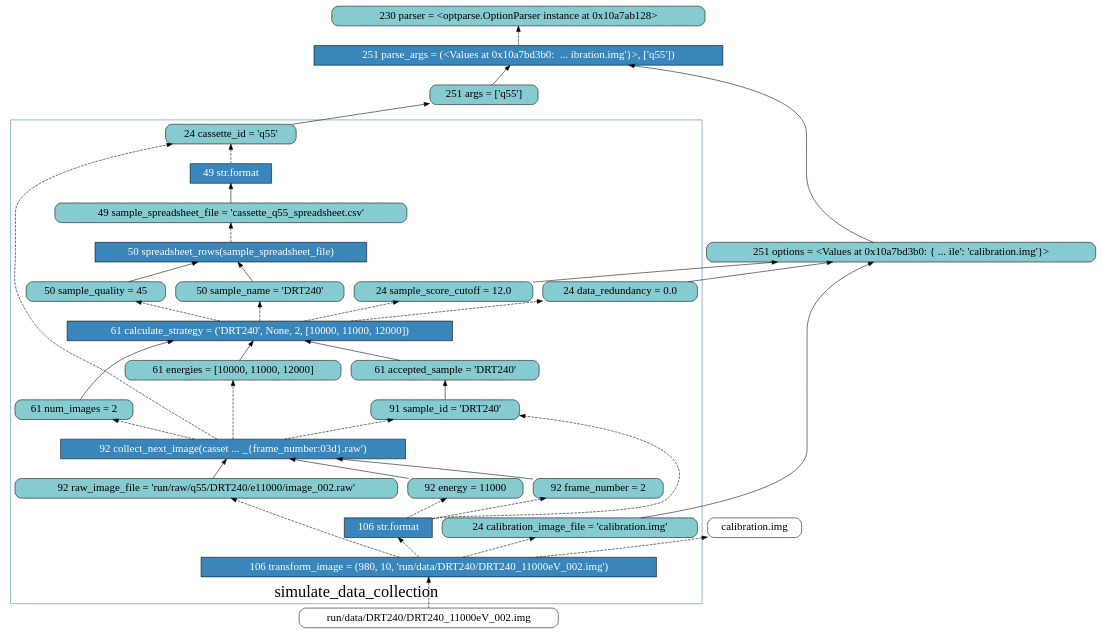
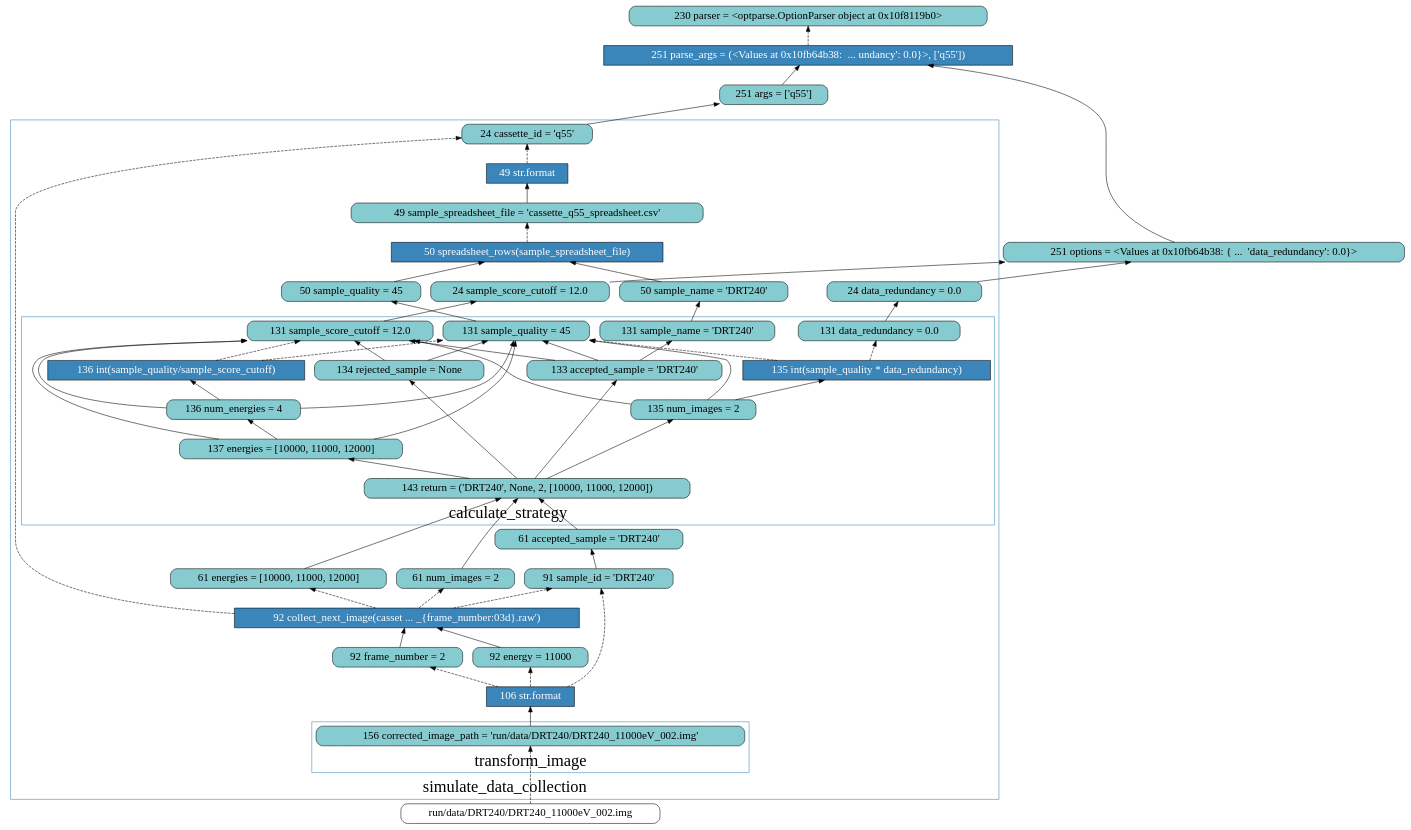
The diagram in examples/simulate_data_collection/graph/nw_filtered_lineage_graph.gv (yesworkflow-org/yw-noworkflow), drawn with Graphviz before and after one commit. The commit also changed 178 other files, not shown here.

```diff
--- a/examples/simulate_data_collection/graph/nw_filtered_lineage_graph.gv
+++ b/examples/simulate_data_collection/graph/nw_filtered_lineage_graph.gv
@@ -1,84 +1,354 @@
 digraph dependency {
     rankdir=BT;
     node[fontsize=20]
-    subgraph cluster_2  {
-        color="#3A85B9";
-        fontsize=30;
-        label = "run_logger";
-    }
     subgraph cluster_3  {
         color="#3A85B9";
         fontsize=30;
-        label = "new_image_file";
+        label = "module.__build_class__";
+        subgraph cluster_4  {
+            color="#3A85B9";
+            fontsize=30;
+            label = "run_logger";
+        }
     }
-    v_1_49 [label="230 parser = <optparse.OptionParser instance at 0x10a7ab128>" fillcolor="#85CBD0" fontcolor="black" shape="box" style="rounded,filled"];
-    v_1_66 [label="251 parse_args = (<Values at 0x10a7bd3b0:  ... ibration.img'}>, ['q55'])" fillcolor="#3A85B9" fontcolor="white" shape="box" style="filled"];
-    v_1_67 [label="251 args = ['q55']" fillcolor="#85CBD0" fontcolor="black" shape="box" style="rounded,filled"];
-    v_1_68 [label="251 options = <Values at 0x10a7bd3b0: { ... ile': 'calibration.img'}>" fillcolor="#85CBD0" fontcolor="black" shape="box" style="rounded,filled"];
-    subgraph cluster_11  {
+    subgraph cluster_5  {
+        color="#3A85B9";
+        fontsize=30;
+        label = "module.__build_class__";
+        subgraph cluster_6  {
+            color="#3A85B9";
+            fontsize=30;
+            label = "new_image_file";
+        }
+    }
+    v_1_56 [label="230 parser = <optparse.OptionParser object at 0x10f8119b0>" fillcolor="#85CBD0" fontcolor="black" shape="box" style="rounded,filled"];
+    v_1_72 [label="251 parse_args = (<Values at 0x10fb64b38:  ... undancy': 0.0}>, ['q55'])" fillcolor="#3A85B9" fontcolor="white" shape="box" style="filled"];
+    v_1_73 [label="251 args = ['q55']" fillcolor="#85CBD0" fontcolor="black" shape="box" style="rounded,filled"];
+    v_1_74 [label="251 options = <Values at 0x10fb64b38: { ...  'data_redundancy': 0.0}>" fillcolor="#85CBD0" fontcolor="black" shape="box" style="rounded,filled"];
+    subgraph cluster_14  {
         color="#3A85B9";
         fontsize=30;
         label = "simulate_data_collection";
-        v_11_74 [label="24 cassette_id = 'q55'" fillcolor="#85CBD0" fontcolor="black" shape="box" style="rounded,filled"];
-        v_11_75 [label="24 sample_score_cutoff = 12.0" fillcolor="#85CBD0" fontcolor="black" shape="box" style="rounded,filled"];
-        v_11_76 [label="24 data_redundancy = 0.0" fillcolor="#85CBD0" fontcolor="black" shape="box" style="rounded,filled"];
-        v_11_77 [label="24 calibration_image_file = 'calibration.img'" fillcolor="#85CBD0" fontcolor="black" shape="box" style="rounded,filled"];
-        v_11_74 [label="24 cassette_id = 'q55'" fillcolor="#85CBD0" fontcolor="black" shape="box" style="rounded,filled"];
-        v_11_75 [label="24 sample_score_cutoff = 12.0" fillcolor="#85CBD0" fontcolor="black" shape="box" style="rounded,filled"];
-        v_11_76 [label="24 data_redundancy = 0.0" fillcolor="#85CBD0" fontcolor="black" shape="box" style="rounded,filled"];
-        v_11_77 [label="24 calibration_image_file = 'calibration.img'" fillcolor="#85CBD0" fontcolor="black" shape="box" style="rounded,filled"];
-        v_11_191 [label="49 str.format" fillcolor="#3A85B9" fontcolor="white" shape="box" style="filled"];
-        v_11_192 [label="49 sample_spreadsheet_file = 'cassette_q55_spreadsheet.csv'" fillcolor="#85CBD0" fontcolor="black" shape="box" style="rounded,filled"];
-        v_11_214 [label="50 spreadsheet_rows(sample_spreadsheet_file)" fillcolor="#3A85B9" fontcolor="white" shape="box" style="filled"];
-        v_11_357 [label="50 sample_name = 'DRT240'" fillcolor="#85CBD0" fontcolor="black" shape="box" style="rounded,filled"];
-        v_11_358 [label="50 sample_quality = 45" fillcolor="#85CBD0" fontcolor="black" shape="box" style="rounded,filled"];
-        v_11_374 [label="61 calculate_strategy = ('DRT240', None, 2, [10000, 11000, 12000])" fillcolor="#3A85B9" fontcolor="white" shape="box" style="filled"];
-        v_11_376 [label="61 energies = [10000, 11000, 12000]" fillcolor="#85CBD0" fontcolor="black" shape="box" style="rounded,filled"];
-        v_11_377 [label="61 num_images = 2" fillcolor="#85CBD0" fontcolor="black" shape="box" style="rounded,filled"];
-        v_11_378 [label="61 accepted_sample = 'DRT240'" fillcolor="#85CBD0" fontcolor="black" shape="box" style="rounded,filled"];
-        v_11_413 [label="91 sample_id = 'DRT240'" fillcolor="#85CBD0" fontcolor="black" shape="box" style="rounded,filled"];
-        v_11_451 [label="92 collect_next_image(casset ... _{frame_number:03d}.raw')" fillcolor="#3A85B9" fontcolor="white" shape="box" style="filled"];
-        v_11_1495 [label="92 energy = 11000" fillcolor="#85CBD0" fontcolor="black" shape="box" style="rounded,filled"];
-        v_11_1496 [label="92 frame_number = 2" fillcolor="#85CBD0" fontcolor="black" shape="box" style="rounded,filled"];
-        v_11_1498 [label="92 raw_image_file = 'run/raw/q55/DRT240/e11000/image_002.raw'" fillcolor="#85CBD0" fontcolor="black" shape="box" style="rounded,filled"];
-        v_11_1501 [label="106 str.format" fillcolor="#3A85B9" fontcolor="white" shape="box" style="filled"];
-        v_11_1707 [label="106 transform_image = (980, 10, 'run/data/DRT240/DRT240_11000eV_002.img')" fillcolor="#3A85B9" fontcolor="white" shape="box" style="filled"];
+        v_14_80 [label="24 cassette_id = 'q55'" fillcolor="#85CBD0" fontcolor="black" shape="box" style="rounded,filled"];
+        v_14_81 [label="24 sample_score_cutoff = 12.0" fillcolor="#85CBD0" fontcolor="black" shape="box" style="rounded,filled"];
+        v_14_82 [label="24 data_redundancy = 0.0" fillcolor="#85CBD0" fontcolor="black" shape="box" style="rounded,filled"];
+        v_14_80 [label="24 cassette_id = 'q55'" fillcolor="#85CBD0" fontcolor="black" shape="box" style="rounded,filled"];
+        v_14_81 [label="24 sample_score_cutoff = 12.0" fillcolor="#85CBD0" fontcolor="black" shape="box" style="rounded,filled"];
+        v_14_82 [label="24 data_redundancy = 0.0" fillcolor="#85CBD0" fontcolor="black" shape="box" style="rounded,filled"];
+        subgraph cluster_22  {
+            color="#3A85B9";
+            fontsize=30;
+            label = "__init__";
+        }
+        subgraph cluster_25  {
+            color="#3A85B9";
+            fontsize=30;
+            label = "write";
+        }
+        subgraph cluster_32  {
+            color="#3A85B9";
+            fontsize=30;
+            label = "write";
+        }
+        v_14_197 [label="49 str.format" fillcolor="#3A85B9" fontcolor="white" shape="box" style="filled"];
+        v_14_198 [label="49 sample_spreadsheet_file = 'cassette_q55_spreadsheet.csv'" fillcolor="#85CBD0" fontcolor="black" shape="box" style="rounded,filled"];
+        v_14_219 [label="50 spreadsheet_rows(sample_spreadsheet_file)" fillcolor="#3A85B9" fontcolor="white" shape="box" style="filled"];
+        subgraph cluster_46  {
+            color="#3A85B9";
+            fontsize=30;
+            label = "write";
+        }
+        subgraph cluster_53  {
+            color="#3A85B9";
+            fontsize=30;
+            label = "calculate_strategy";
+        }
+        subgraph cluster_55  {
+            color="#3A85B9";
+            fontsize=30;
+            label = "write";
+        }
+        subgraph cluster_68  {
+            color="#3A85B9";
+            fontsize=30;
+            label = "write";
+        }
+        v_14_361 [label="50 sample_name = 'DRT240'" fillcolor="#85CBD0" fontcolor="black" shape="box" style="rounded,filled"];
+        v_14_362 [label="50 sample_quality = 45" fillcolor="#85CBD0" fontcolor="black" shape="box" style="rounded,filled"];
+        subgraph cluster_75  {
+            color="#3A85B9";
+            fontsize=30;
+            label = "calculate_strategy";
+            v_75_377 [label="143 return = ('DRT240', None, 2, [10000, 11000, 12000])" fillcolor="#85CBD0" fontcolor="black" shape="box" style="rounded,filled"];
+            v_75_363 [label="131 sample_name = 'DRT240'" fillcolor="#85CBD0" fontcolor="black" shape="box" style="rounded,filled"];
+            v_75_364 [label="131 sample_quality = 45" fillcolor="#85CBD0" fontcolor="black" shape="box" style="rounded,filled"];
+            v_75_365 [label="131 sample_score_cutoff = 12.0" fillcolor="#85CBD0" fontcolor="black" shape="box" style="rounded,filled"];
+            v_75_366 [label="131 data_redundancy = 0.0" fillcolor="#85CBD0" fontcolor="black" shape="box" style="rounded,filled"];
+            v_75_363 [label="131 sample_name = 'DRT240'" fillcolor="#85CBD0" fontcolor="black" shape="box" style="rounded,filled"];
+            v_75_364 [label="131 sample_quality = 45" fillcolor="#85CBD0" fontcolor="black" shape="box" style="rounded,filled"];
+            v_75_365 [label="131 sample_score_cutoff = 12.0" fillcolor="#85CBD0" fontcolor="black" shape="box" style="rounded,filled"];
+            v_75_366 [label="131 data_redundancy = 0.0" fillcolor="#85CBD0" fontcolor="black" shape="box" style="rounded,filled"];
+            v_75_368 [label="133 accepted_sample = 'DRT240'" fillcolor="#85CBD0" fontcolor="black" shape="box" style="rounded,filled"];
+            v_75_369 [label="134 rejected_sample = None" fillcolor="#85CBD0" fontcolor="black" shape="box" style="rounded,filled"];
+            v_75_370 [label="135 int(sample_quality * data_redundancy)" fillcolor="#3A85B9" fontcolor="white" shape="box" style="filled"];
+            v_75_372 [label="135 num_images = 2" fillcolor="#85CBD0" fontcolor="black" shape="box" style="rounded,filled"];
+            v_75_373 [label="136 num_energies = 4" fillcolor="#85CBD0" fontcolor="black" shape="box" style="rounded,filled"];
+            v_75_374 [label="136 int(sample_quality/sample_score_cutoff)" fillcolor="#3A85B9" fontcolor="white" shape="box" style="filled"];
+            v_75_376 [label="137 energies = [10000, 11000, 12000]" fillcolor="#85CBD0" fontcolor="black" shape="box" style="rounded,filled"];
+            v_75_377 [label="143 return = ('DRT240', None, 2, [10000, 11000, 12000])" fillcolor="#85CBD0" fontcolor="black" shape="box" style="rounded,filled"];
+        }
+        v_14_380 [label="61 accepted_sample = 'DRT240'" fillcolor="#85CBD0" fontcolor="black" shape="box" style="rounded,filled"];
+        v_14_381 [label="61 energies = [10000, 11000, 12000]" fillcolor="#85CBD0" fontcolor="black" shape="box" style="rounded,filled"];
+        v_14_382 [label="61 num_images = 2" fillcolor="#85CBD0" fontcolor="black" shape="box" style="rounded,filled"];
+        subgraph cluster_77  {
+            color="#3A85B9";
+            fontsize=30;
+            label = "write";
+        }
+        v_14_417 [label="91 sample_id = 'DRT240'" fillcolor="#85CBD0" fontcolor="black" shape="box" style="rounded,filled"];
+        v_14_453 [label="92 collect_next_image(casset ... _{frame_number:03d}.raw')" fillcolor="#3A85B9" fontcolor="white" shape="box" style="filled"];
+        subgraph cluster_94  {
+            color="#3A85B9";
+            fontsize=30;
+            label = "write";
+        }
+        subgraph cluster_102  {
+            color="#3A85B9";
+            fontsize=30;
+            label = "transform_image";
+        }
+        subgraph cluster_131  {
+            color="#3A85B9";
+            fontsize=30;
+            label = "write";
+        }
+        subgraph cluster_151  {
+            color="#3A85B9";
+            fontsize=30;
+            label = "write";
+        }
+        subgraph cluster_159  {
+            color="#3A85B9";
+            fontsize=30;
+            label = "transform_image";
+        }
+        subgraph cluster_188  {
+            color="#3A85B9";
+            fontsize=30;
+            label = "write";
+        }
+        subgraph cluster_208  {
+            color="#3A85B9";
+            fontsize=30;
+            label = "write";
+        }
+        subgraph cluster_216  {
+            color="#3A85B9";
+            fontsize=30;
+            label = "transform_image";
+        }
+        subgraph cluster_245  {
+            color="#3A85B9";
+            fontsize=30;
+            label = "write";
+        }
+        subgraph cluster_265  {
+            color="#3A85B9";
+            fontsize=30;
+            label = "write";
+        }
+        v_14_1511 [label="92 energy = 11000" fillcolor="#85CBD0" fontcolor="black" shape="box" style="rounded,filled"];
+        v_14_1512 [label="92 frame_number = 2" fillcolor="#85CBD0" fontcolor="black" shape="box" style="rounded,filled"];
+        v_14_1517 [label="106 str.format" fillcolor="#3A85B9" fontcolor="white" shape="box" style="filled"];
+        subgraph cluster_273  {
+            color="#3A85B9";
+            fontsize=30;
+            label = "transform_image";
+            v_273_1519 [label="156 corrected_image_path = 'run/data/DRT240/DRT240_11000eV_002.img'" fillcolor="#85CBD0" fontcolor="black" shape="box" style="rounded,filled"];
+            v_273_1519 [label="156 corrected_image_path = 'run/data/DRT240/DRT240_11000eV_002.img'" fillcolor="#85CBD0" fontcolor="black" shape="box" style="rounded,filled"];
+        }
+        subgraph cluster_302  {
+            color="#3A85B9";
+            fontsize=30;
+            label = "write";
+        }
+        subgraph cluster_322  {
+            color="#3A85B9";
+            fontsize=30;
+            label = "write";
+        }
+        subgraph cluster_330  {
+            color="#3A85B9";
+            fontsize=30;
+            label = "transform_image";
+        }
+        subgraph cluster_359  {
+            color="#3A85B9";
+            fontsize=30;
+            label = "write";
+        }
+        subgraph cluster_379  {
+            color="#3A85B9";
+            fontsize=30;
+            label = "write";
+        }
+        subgraph cluster_387  {
+            color="#3A85B9";
+            fontsize=30;
+            label = "transform_image";
+        }
+        subgraph cluster_416  {
+            color="#3A85B9";
+            fontsize=30;
+            label = "write";
+        }
+        subgraph cluster_426  {
+            color="#3A85B9";
+            fontsize=30;
+            label = "collect_next_image";
+        }
+        subgraph cluster_430  {
+            color="#3A85B9";
+            fontsize=30;
+            label = "write";
+        }
+        subgraph cluster_437  {
+            color="#3A85B9";
+            fontsize=30;
+            label = "calculate_strategy";
+        }
+        subgraph cluster_439  {
+            color="#3A85B9";
+            fontsize=30;
+            label = "write";
+        }
+        subgraph cluster_456  {
+            color="#3A85B9";
+            fontsize=30;
+            label = "write";
+        }
+        subgraph cluster_464  {
+            color="#3A85B9";
+            fontsize=30;
+            label = "transform_image";
+        }
+        subgraph cluster_493  {
+            color="#3A85B9";
+            fontsize=30;
+            label = "write";
+        }
+        subgraph cluster_513  {
+            color="#3A85B9";
+            fontsize=30;
+            label = "write";
+        }
+        subgraph cluster_521  {
+            color="#3A85B9";
+            fontsize=30;
+            label = "transform_image";
+        }
+        subgraph cluster_550  {
+            color="#3A85B9";
+            fontsize=30;
+            label = "write";
+        }
+        subgraph cluster_570  {
+            color="#3A85B9";
+            fontsize=30;
+            label = "write";
+        }
+        subgraph cluster_578  {
+            color="#3A85B9";
+            fontsize=30;
+            label = "transform_image";
+        }
+        subgraph cluster_607  {
+            color="#3A85B9";
+            fontsize=30;
+            label = "write";
+        }
+        subgraph cluster_627  {
+            color="#3A85B9";
+            fontsize=30;
+            label = "write";
+        }
+        subgraph cluster_635  {
+            color="#3A85B9";
+            fontsize=30;
+            label = "transform_image";
+        }
+        subgraph cluster_664  {
+            color="#3A85B9";
+            fontsize=30;
+            label = "write";
+        }
+        subgraph cluster_674  {
+            color="#3A85B9";
+            fontsize=30;
+            label = "collect_next_image";
+        }
+        subgraph cluster_675  {
+            color="#3A85B9";
+            fontsize=30;
+            label = "spreadsheet_rows";
+        }
+        subgraph cluster_677  {
+            color="#3A85B9";
+            fontsize=30;
+            label = "__exit__";
+        }
     }
-    a_7 [label="calibration.img" fillcolor="white" fontcolor="black" shape="box" style="rounded,filled"];
     a_23 [label="run/data/DRT240/DRT240_11000eV_002.img" fillcolor="white" fontcolor="black" shape="box" style="rounded,filled"];
-    v_11_378 -> v_11_374 [style=""];
-    v_11_77 -> v_1_68 [style=""];
-    v_11_75 -> v_1_68 [style=""];
-    v_11_451 -> v_11_74 [style="dashed"];
-    v_11_451 -> v_11_413 [style="dashed"];
-    v_11_1707 -> v_11_77 [style="dashed"];
-    v_11_451 -> v_11_376 [style="dashed"];
-    v_11_1501 -> v_11_413 [style="dashed"];
-    v_11_357 -> v_11_214 [style=""];
-    a_23 -> v_11_1707 [style="dashed"];
-    v_11_214 -> v_11_192 [style="dashed"];
-    v_11_1498 -> v_11_451 [style=""];
-    v_11_74 -> v_1_67 [style=""];
-    v_1_68 -> v_1_66 [style=""];
-    v_11_1501 -> v_11_1495 [style="dashed"];
-    v_11_76 -> v_1_68 [style=""];
-    v_1_67 -> v_1_66 [style=""];
-    v_11_377 -> v_11_374 [style=""];
-    v_11_1495 -> v_11_451 [style=""];
-    v_11_1707 -> a_7 [style="dashed"];
-    v_11_374 -> v_11_76 [style="dashed"];
-    v_11_1707 -> v_11_1498 [style="dashed"];
-    v_11_1707 -> v_11_1501 [style="dashed"];
-    v_1_66 -> v_1_49 [style="dashed"];
-    v_11_451 -> v_11_377 [style="dashed"];
-    v_11_192 -> v_11_191 [style=""];
-    v_11_413 -> v_11_378 [style=""];
-    v_11_358 -> v_11_214 [style=""];
-    v_11_1496 -> v_11_451 [style=""];
-    v_11_374 -> v_11_358 [style="dashed"];
-    v_11_1501 -> v_11_1496 [style="dashed"];
-    v_11_376 -> v_11_374 [style=""];
-    v_11_191 -> v_11_74 [style="dashed"];
-    v_11_374 -> v_11_357 [style="dashed"];
-    v_11_374 -> v_11_75 [style="dashed"];
+    v_75_374 -> v_75_365 [style="dashed"];
+    v_75_369 -> v_75_365 [style=""];
+    v_75_372 -> v_75_364 [style=""];
+    v_14_1517 -> v_14_417 [style="dashed"];
+    v_14_198 -> v_14_197 [style=""];
+    v_14_1517 -> v_14_1511 [style="dashed"];
+    v_75_376 -> v_75_364 [style=""];
+    v_75_364 -> v_14_362 [style=""];
+    v_14_80 -> v_1_73 [style=""];
+    v_75_376 -> v_75_373 [style=""];
+    v_75_377 -> v_75_368 [style=""];
+    a_23 -> v_273_1519 [style="dashed"];
+    v_75_370 -> v_75_366 [style="dashed"];
+    v_75_373 -> v_75_374 [style=""];
+    v_273_1519 -> v_14_1517 [style=""];
+    v_14_382 -> v_75_377 [style=""];
+    v_75_368 -> v_75_364 [style=""];
+    v_75_372 -> v_75_370 [style=""];
+    v_75_370 -> v_75_364 [style="dashed"];
+    v_14_219 -> v_14_198 [style="dashed"];
+    v_75_374 -> v_75_364 [style="dashed"];
+    v_14_381 -> v_75_377 [style=""];
+    v_14_197 -> v_14_80 [style="dashed"];
+    v_75_377 -> v_75_369 [style=""];
+    v_75_377 -> v_75_376 [style=""];
+    v_75_363 -> v_14_361 [style=""];
+    v_75_373 -> v_75_364 [style=""];
+    v_75_368 -> v_75_365 [style=""];
+    v_14_453 -> v_14_417 [style="dashed"];
+    v_1_72 -> v_1_56 [style="dashed"];
+    v_1_73 -> v_1_72 [style=""];
+    v_14_82 -> v_1_74 [style=""];
+    v_1_74 -> v_1_72 [style=""];
+    v_14_417 -> v_14_380 [style=""];
+    v_75_365 -> v_14_81 [style=""];
+    v_75_373 -> v_75_365 [style=""];
+    v_14_81 -> v_1_74 [style=""];
+    v_14_453 -> v_14_382 [style="dashed"];
+    v_14_1512 -> v_14_453 [style=""];
+    v_14_361 -> v_14_219 [style=""];
+    v_75_377 -> v_75_372 [style=""];
+    v_75_372 -> v_75_365 [style=""];
+    v_75_366 -> v_14_82 [style=""];
+    v_14_1517 -> v_14_1512 [style="dashed"];
+    v_75_368 -> v_75_363 [style=""];
+    v_14_362 -> v_14_219 [style=""];
+    v_14_453 -> v_14_381 [style="dashed"];
+    v_14_1511 -> v_14_453 [style=""];
+    v_75_369 -> v_75_364 [style=""];
+    v_14_453 -> v_14_80 [style="dashed"];
+    v_14_380 -> v_75_377 [style=""];
+    v_75_376 -> v_75_365 [style=""];
 }
```
